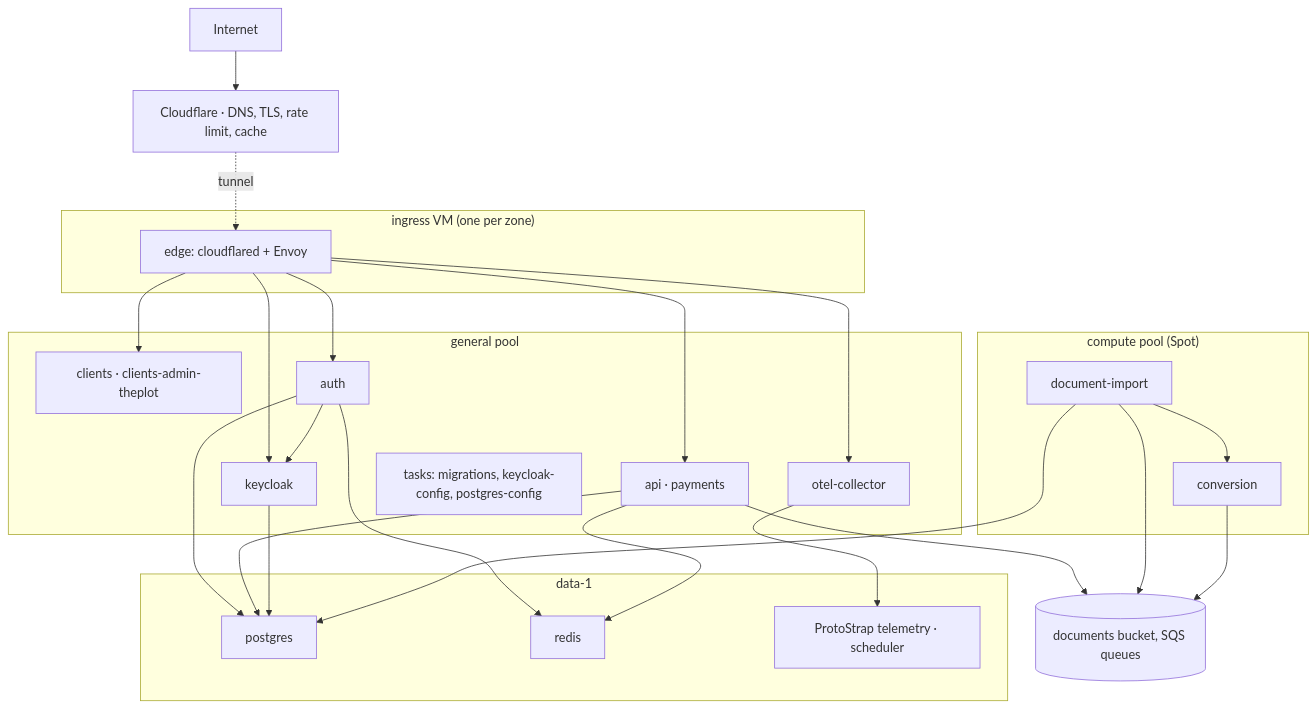
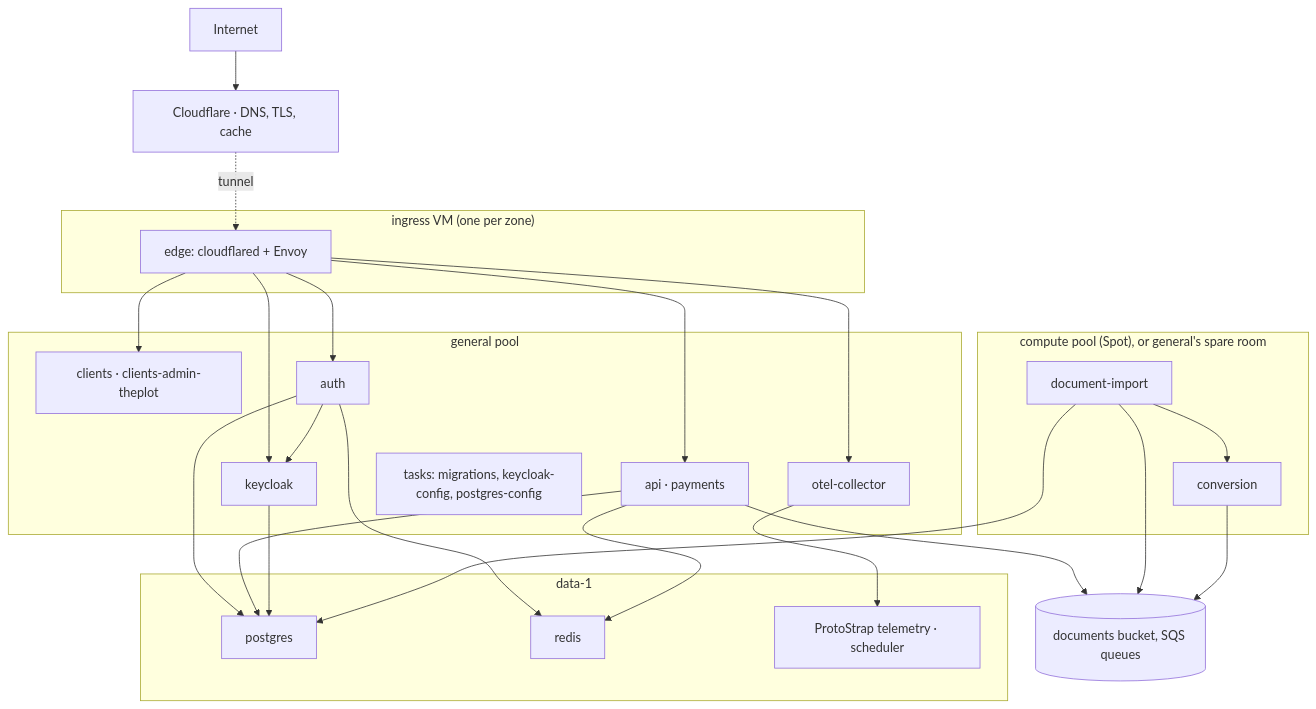
The second of 2 diagrams in docs/01-topology.md (duncan-G/ProtoFast), drawn with Mermaid before and after one commit. The commit also changed other lines of this file and 38 other files, not shown here.

````diff
--- a/docs/01-topology.md
+++ b/docs/01-topology.md
@@ -82,37 +86,37 @@
 ```mermaid
 graph TD
-    Internet --> CF["Cloudflare · DNS, TLS, rate limit, cache"]
+    Internet --> CF["Cloudflare · DNS, TLS, cache"]
     CF -.->|tunnel| Edge
 
     subgraph Ingress["ingress VM (one per zone)"]
         Edge["edge: cloudflared + Envoy"]
     end
 
     subgraph General["general pool"]
         Clients["clients · clients-admin-theplot"]
         AuthG["auth"]
         ApiG["api · payments"]
         KCG["keycloak"]
         OtelG["otel-collector"]
         Tasks["tasks: migrations, keycloak-config, postgres-config"]
     end
 
-    subgraph Compute["compute pool (Spot)"]
+    subgraph Compute["compute pool (Spot), or general's spare room"]
         ConvC["conversion"]
         ImportC["document-import"]
     end
 
     subgraph Data1["data-1"]
         PGD["postgres"]
         RedisD["redis"]
         Tel["ProtoStrap telemetry · scheduler"]
     end
 
     Edge --> Clients & AuthG & ApiG & KCG & OtelG
     AuthG --> KCG & RedisD & PGD
     ApiG --> PGD & RedisD
     KCG --> PGD
     ImportC --> ConvC & PGD
     ApiG & ImportC & ConvC --> S3[("documents bucket, SQS queues")]
     OtelG --> Tel
 ```
````
